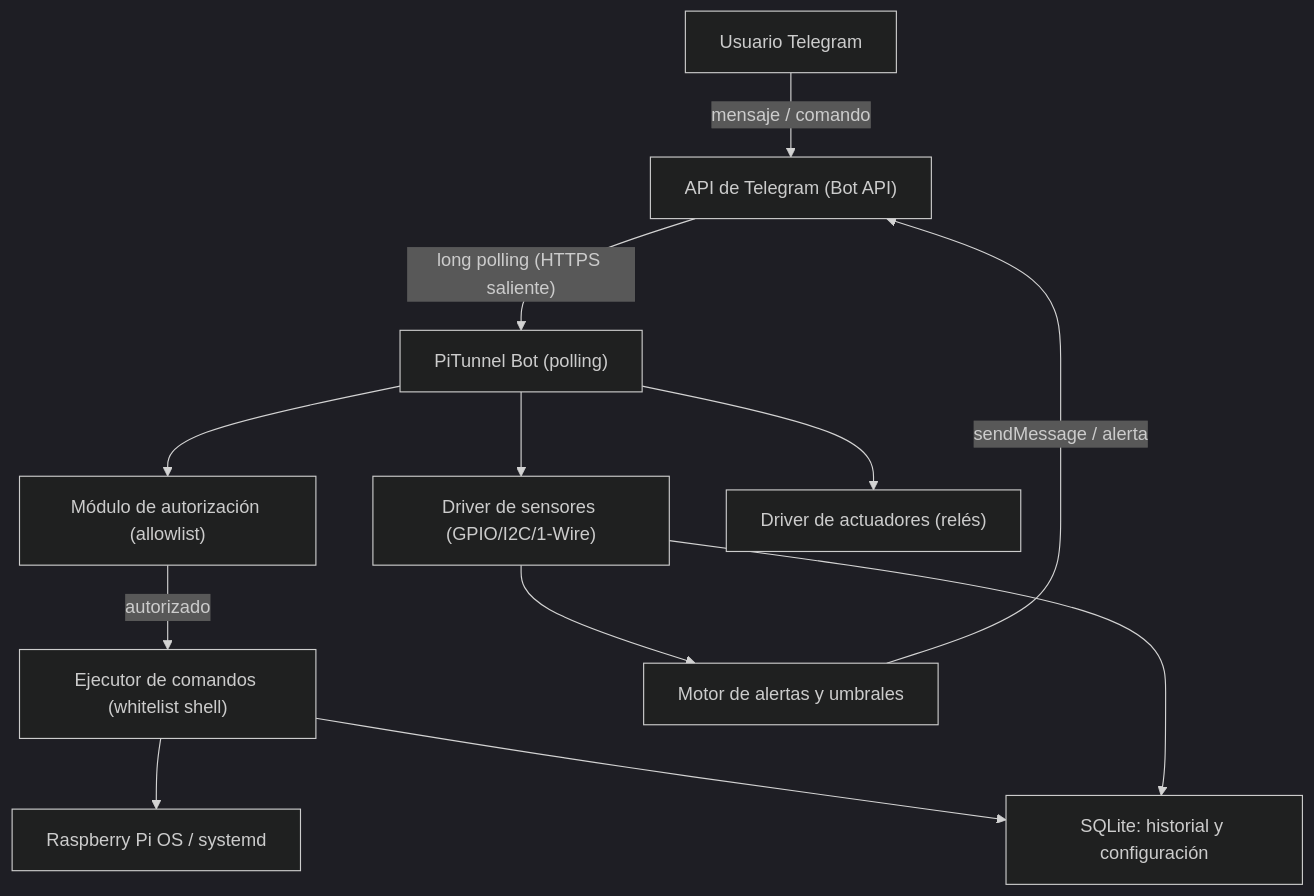
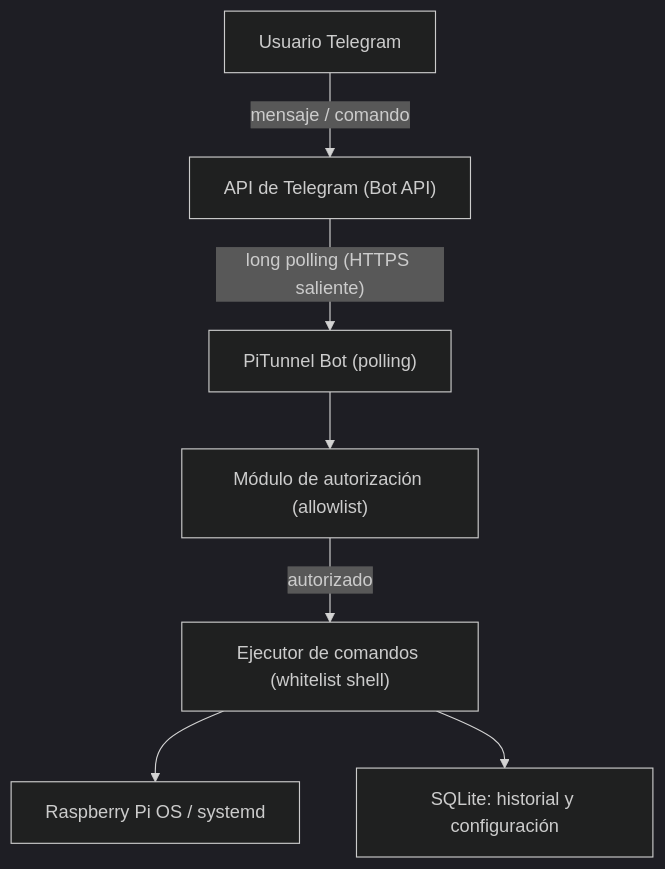
The first of 2 diagrams in specs.md (dsabalete/pi-tunnel), drawn with Mermaid (dark theme) before and after one commit. The commit also changed other lines of this file and 37 other files, not shown here.

````diff
--- a/specs.md
+++ b/specs.md
@@ -57,24 +51,16 @@
 ```mermaid
 flowchart TD
   User["Usuario Telegram"]
   TG["API de Telegram (Bot API)"]
   Bot["PiTunnel Bot (polling)"]
   Auth["Módulo de autorización (allowlist)"]
   Cmd["Ejecutor de comandos (whitelist shell)"]
-  Sensors["Driver de sensores (GPIO/I2C/1-Wire)"]
-  Actuators["Driver de actuadores (relés)"]
-  Alerts["Motor de alertas y umbrales"]
   Store["SQLite: historial y configuración"]
   OS["Raspberry Pi OS / systemd"]
   User -->|"mensaje / comando"| TG
   TG -->|"long polling (HTTPS saliente)"| Bot
   Bot --> Auth
   Auth -->|"autorizado"| Cmd
   Cmd --> OS
-  Bot --> Sensors
-  Bot --> Actuators
-  Sensors --> Alerts
-  Alerts -->|"sendMessage / alerta"| TG
   Cmd --> Store
-  Sensors --> Store
 ```
````
